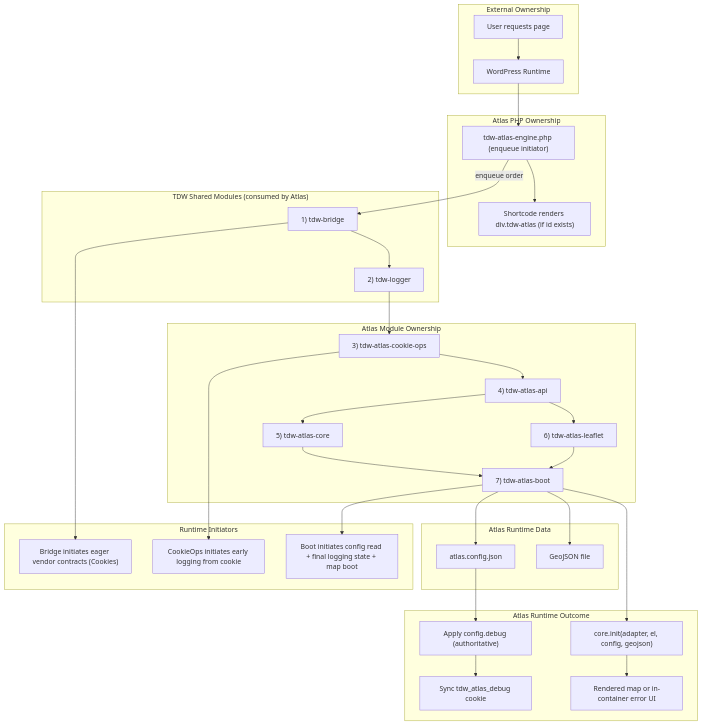
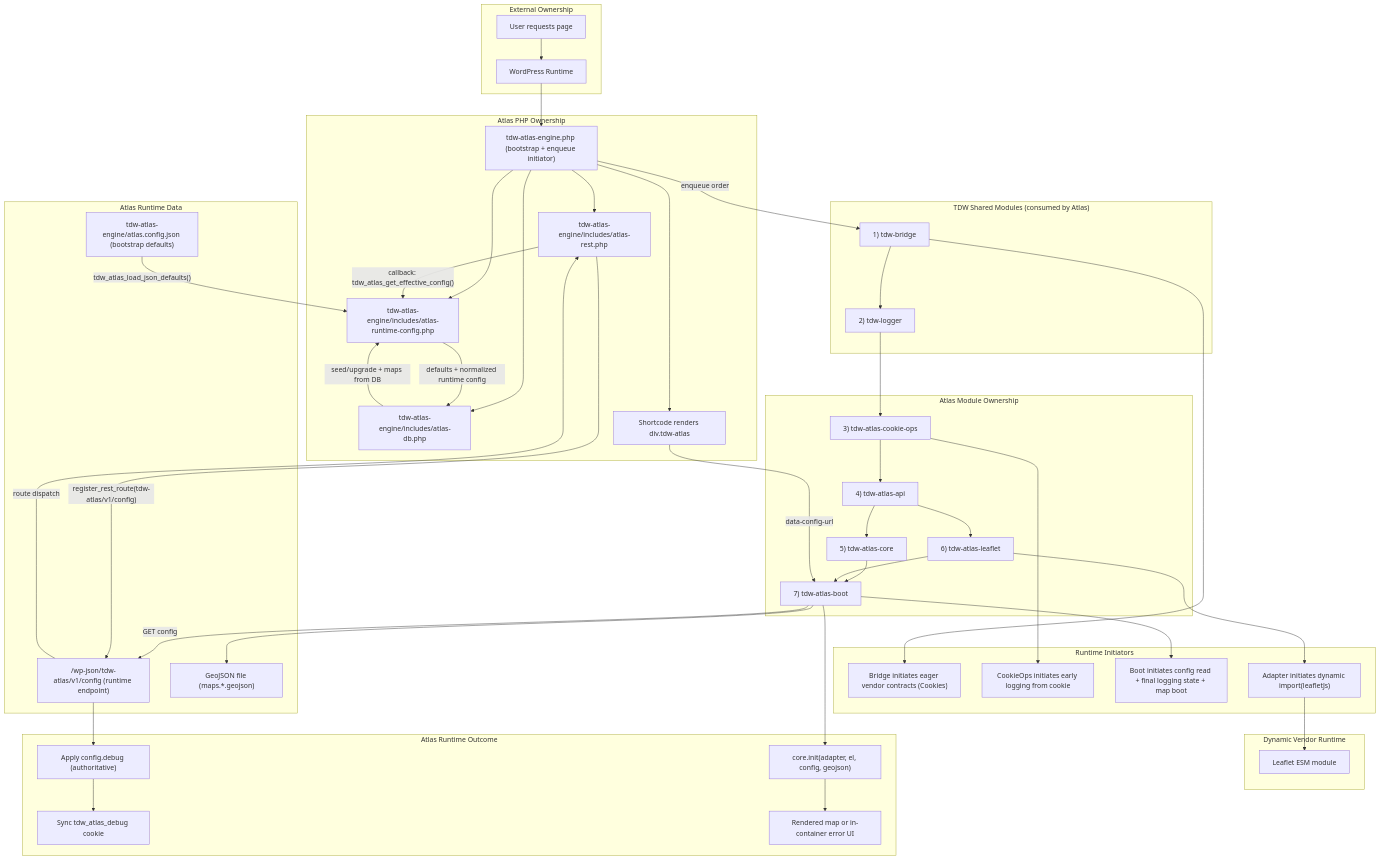
One commit to Exc3pti0n123/tdw-atlas-engine changed the diagram in docs/architectural.md. Above: the diagram before and after it, drawn with Mermaid. The commit also changed 8 other files, not shown here.

First line of the commit message:
refactor(atlas): release v0.1.2 with stable startup architecture and PHP split

```diff
--- a/docs/architectural.md
+++ b/docs/architectural.md
@@ -6,8 +6,11 @@
   end
 
   subgraph PHPC["Atlas PHP Ownership"]
-    PHP["tdw-atlas-engine.php (enqueue initiator)"]
-    C["Shortcode renders div.tdw-atlas (if id exists)"]
+    PHP["tdw-atlas-engine.php (bootstrap + enqueue initiator)"]
+    PRC["tdw-atlas-engine/includes/atlas-runtime-config.php"]
+    PDB["tdw-atlas-engine/includes/atlas-db.php"]
+    PREST["tdw-atlas-engine/includes/atlas-rest.php"]
+    C["Shortcode renders div.tdw-atlas"]
   end
 
   subgraph SHARED["TDW Shared Modules (consumed by Atlas)"]
@@ -24,14 +27,20 @@
   end
 
   subgraph DATA["Atlas Runtime Data"]
-    CFG["atlas.config.json"]
-    GEO["GeoJSON file"]
+    CFG["/wp-json/tdw-atlas/v1/config (runtime endpoint)"]
+    BOOTCFG["tdw-atlas-engine/atlas.config.json (bootstrap defaults)"]
+    GEO["GeoJSON file (maps.*.geojson)"]
+  end
+
+  subgraph VENDOR["Dynamic Vendor Runtime"]
+    V1["Leaflet ESM module"]
   end
 
   subgraph INIT["Runtime Initiators"]
     I1["Bridge initiates eager vendor contracts (Cookies)"]
     I2["CookieOps initiates early logging from cookie"]
     I3["Boot initiates config read + final logging state + map boot"]
+    I4["Adapter initiates dynamic import(leafletJs)"]
   end
 
   subgraph RENDER["Atlas Runtime Outcome"]
@@ -43,6 +52,9 @@
 
   U --> WP
   WP --> PHP
+  PHP --> PRC
+  PHP --> PDB
+  PHP --> PREST
   PHP --> C
   PHP -->|"enqueue order"| M1
   M1 --> M2
@@ -56,8 +68,17 @@
   M1 --> I1
   M3 --> I2
   M7 --> I3
+  M6 --> I4
+  I4 --> V1
 
-  M7 --> CFG
+  C -->|"data-config-url"| M7
+  M7 -->|"GET config"| CFG
+  CFG -->|"route dispatch"| PREST
+  PREST -->|"register_rest_route(tdw-atlas/v1/config)"| CFG
+  PREST -->|"callback: tdw_atlas_get_effective_config()"| PRC
+  BOOTCFG -->|"tdw_atlas_load_json_defaults()"| PRC
+  PRC -->|"defaults + normalized runtime config"| PDB
+  PDB -->|"seed/upgrade + maps from DB"| PRC
   CFG --> DBG
   DBG --> CK
   M7 --> GEO
```
